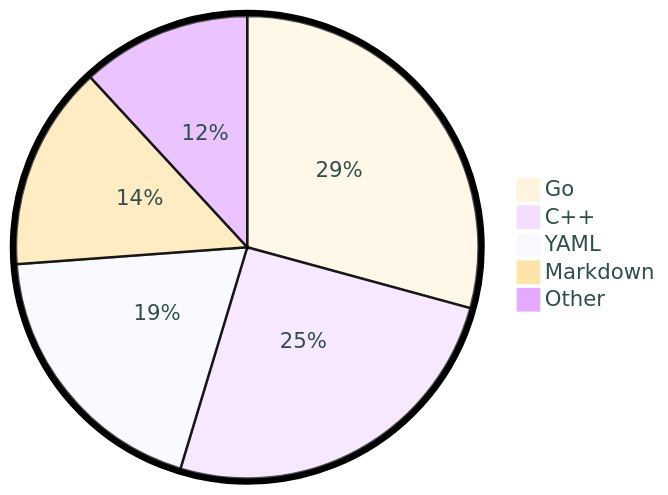
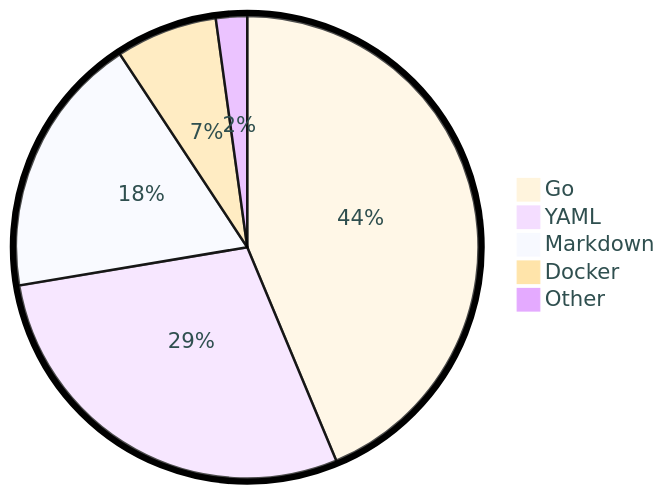
One commit to tot0p/tot0p changed the diagram in README.md. Above: the diagram before and after it, drawn with Mermaid. The commit also changed other lines of this file, not shown here.

````diff
--- a/README.md
+++ b/README.md
@@ -78,9 +73,9 @@
 ```mermaid
 %%{init: {"pie": {"textPosition": 0.5}, "themeVariables": {"pieOuterStrokeWidth": "5px","primaryTextColor" : "#2F4F4F"},"theme":"base"} }%%
 pie
-	"Go": 29.24
-	"C++": 25.42
-	"YAML": 19.17
-	"Markdown": 14.31
-	"Other": 11.86
+	"Go": 43.71
+	"YAML": 28.65
+	"Markdown": 18.36
+	"Docker": 7.1
+	"Other": 2.1799999999999997
 ```
````
